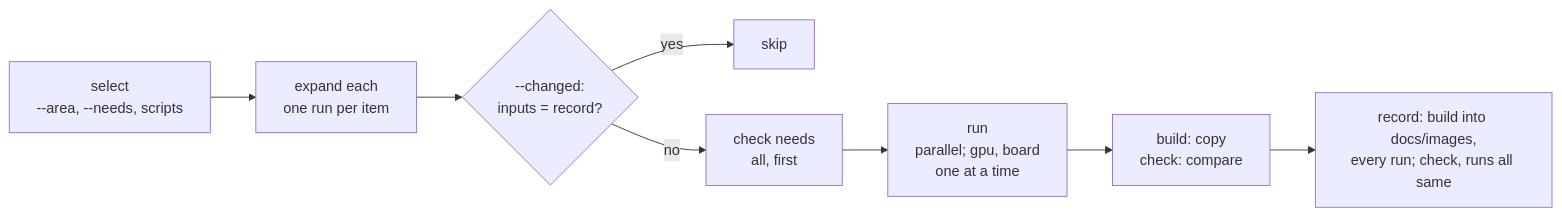
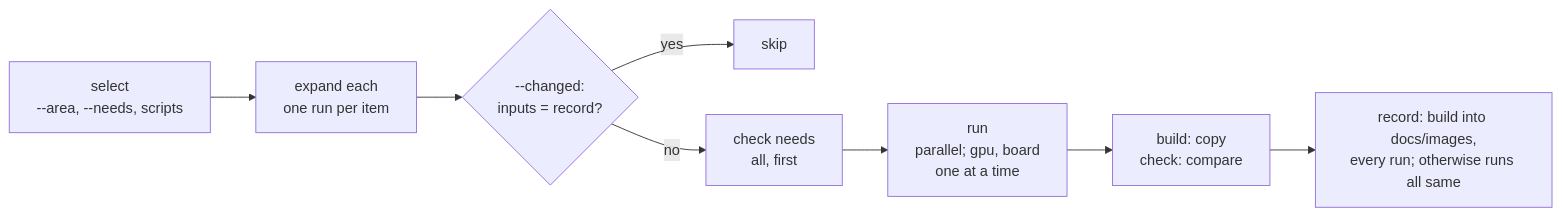
The diagram in docs/tools/Doc-Figures.md (jose-villegas/autana), drawn with Mermaid before and after one commit. The commit also changed other lines of this file and 5 other files, not shown here.

Commit message:
docs: figures_runner --changed counts the toolchain, shell-built sources, every lock row and the committed images; Doc Images keeps a per-job record and skips unchanged producers (769w7)

````diff
--- a/docs/tools/Doc-Figures.md
+++ b/docs/tools/Doc-Figures.md
@@ -79,10 +94,10 @@
 ```mermaid
 flowchart LR
   S["select<br/>--area, --needs, scripts"] --> E["expand each<br/>one run per item"]
   E --> F{"--changed:<br/>inputs = record?"}
   F -- yes --> K["skip"]
   F -- no --> P["check needs<br/>all, first"]
   P --> R["run<br/>parallel; gpu, board<br/>one at a time"]
   R --> D["build: copy<br/>check: compare"]
-  D --> W["record: build into docs/images,<br/>every run; check, runs all same"]
+  D --> W["record: build into docs/images,<br/>every run; otherwise runs all same"]
 ```
````
